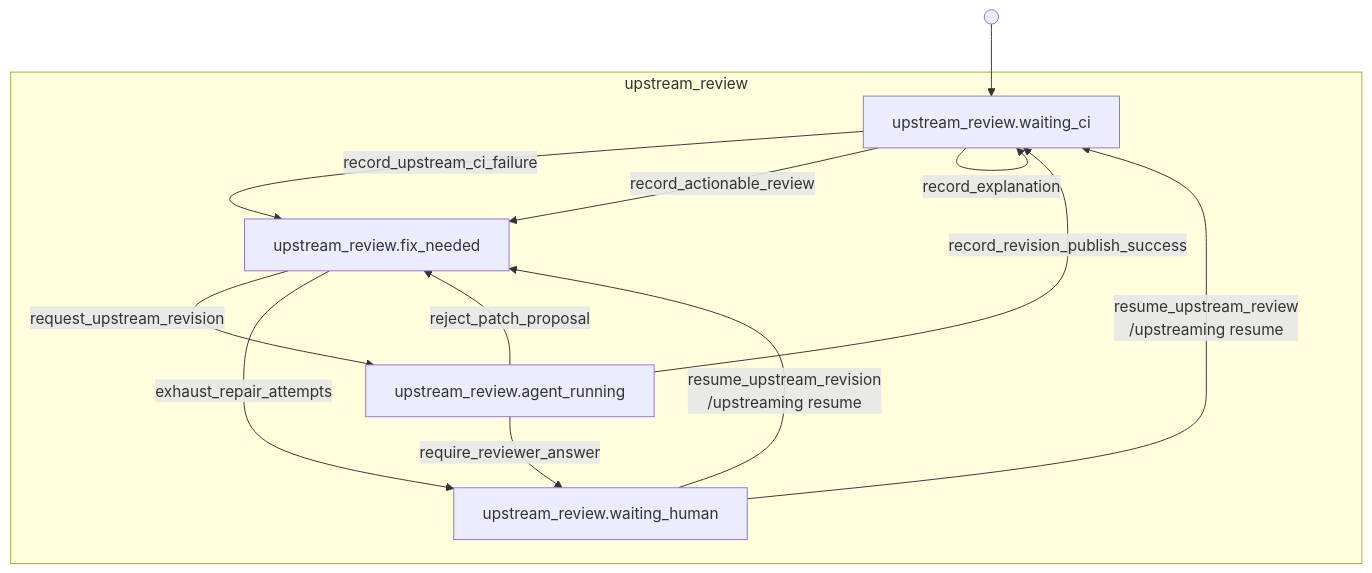
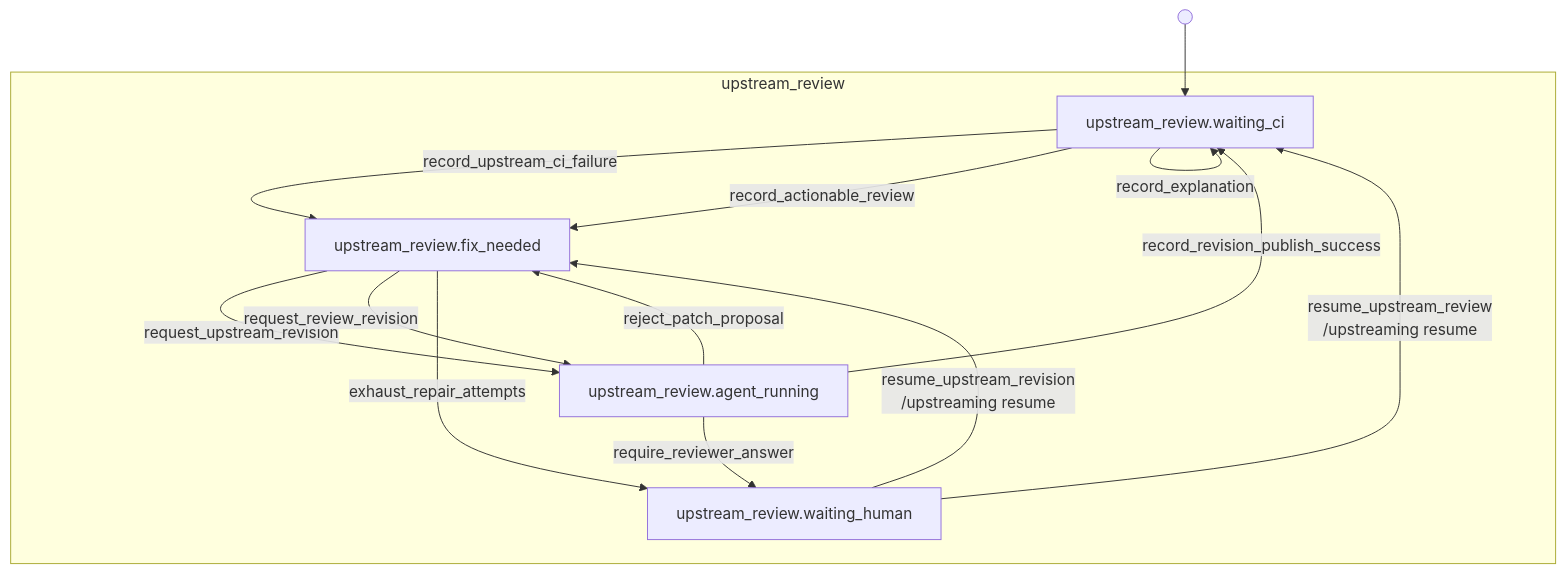
Before and after one commit to riseproject-dev/porting-agent: diagram 22 of 30 in docs/state-machine/index.md, drawn with Mermaid. The commit also changed other lines of this file and 18 other files, not shown here.

````diff
--- a/docs/state-machine/index.md
+++ b/docs/state-machine/index.md
@@ -666,21 +674,22 @@
 ```mermaid
 flowchart TB
     subgraph upstream_review["upstream_review"]
         upstream_waiting_ci["upstream_review.waiting_ci"]
         upstream_fix_needed["upstream_review.fix_needed"]
         upstream_agent_running["upstream_review.agent_running"]
         upstream_waiting_human["upstream_review.waiting_human"]
     end
 
     start_1(( )) --> upstream_waiting_ci
     upstream_waiting_ci -->|record_upstream_ci_failure| upstream_fix_needed
     upstream_waiting_ci -->|record_actionable_review| upstream_fix_needed
     upstream_waiting_ci -->|record_explanation| upstream_waiting_ci
     upstream_fix_needed -->|request_upstream_revision| upstream_agent_running
+    upstream_fix_needed -->|request_review_revision| upstream_agent_running
     upstream_agent_running -->|record_revision_publish_success| upstream_waiting_ci
     upstream_agent_running -->|reject_patch_proposal| upstream_fix_needed
     upstream_agent_running -->|require_reviewer_answer| upstream_waiting_human
     upstream_fix_needed -->|exhaust_repair_attempts| upstream_waiting_human
     upstream_waiting_human -->|resume_upstream_review<br/>/upstreaming resume| upstream_waiting_ci
     upstream_waiting_human -->|resume_upstream_revision<br/>/upstreaming resume| upstream_fix_needed
 ```
````
